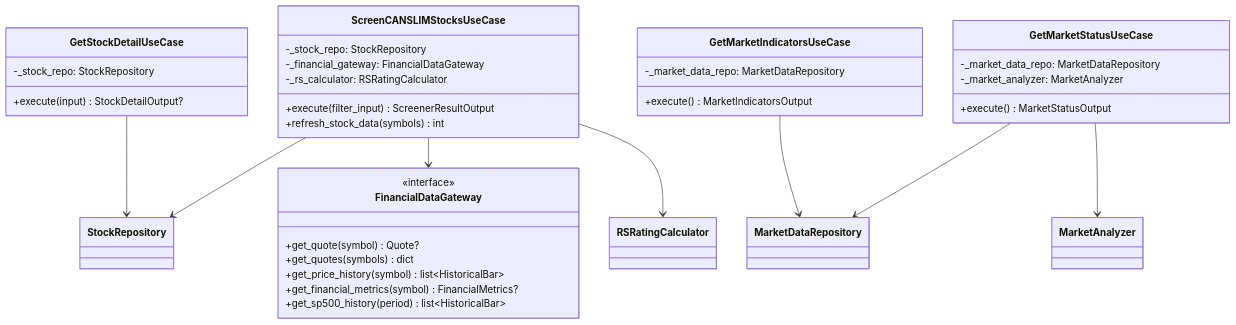
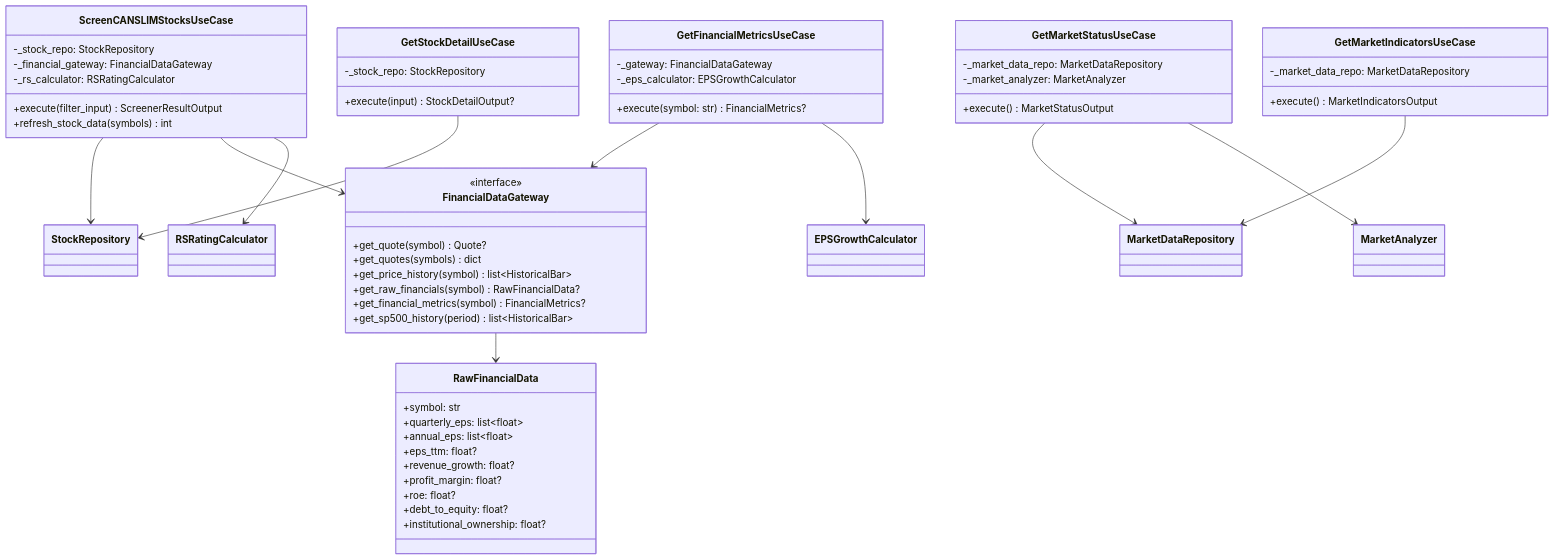
Before and after one commit to ryota197/ai-trade-pj: the fifth of 8 diagrams in docs/poc/architectures/diagrams/class-diagrams.md, drawn with Mermaid. The commit also changed other lines of this file and 13 other files, not shown here.

````diff
--- a/docs/poc/architectures/diagrams/class-diagrams.md
+++ b/docs/poc/architectures/diagrams/class-diagrams.md
@@ -187,43 +205,65 @@
 ```mermaid
 classDiagram
     class ScreenCANSLIMStocksUseCase {
         -_stock_repo: StockRepository
         -_financial_gateway: FinancialDataGateway
         -_rs_calculator: RSRatingCalculator
         +execute(filter_input) ScreenerResultOutput
         +refresh_stock_data(symbols) int
     }
 
     class GetStockDetailUseCase {
         -_stock_repo: StockRepository
         +execute(input) StockDetailOutput?
     }
 
     class GetMarketStatusUseCase {
         -_market_data_repo: MarketDataRepository
         -_market_analyzer: MarketAnalyzer
         +execute() MarketStatusOutput
     }
 
     class GetMarketIndicatorsUseCase {
         -_market_data_repo: MarketDataRepository
         +execute() MarketIndicatorsOutput
     }
 
+    class GetFinancialMetricsUseCase {
+        -_gateway: FinancialDataGateway
+        -_eps_calculator: EPSGrowthCalculator
+        +execute(symbol: str) FinancialMetrics?
+    }
+
     class FinancialDataGateway {
         <<interface>>
         +get_quote(symbol) Quote?
         +get_quotes(symbols) dict
         +get_price_history(symbol) list~HistoricalBar~
+        +get_raw_financials(symbol) RawFinancialData?
         +get_financial_metrics(symbol) FinancialMetrics?
         +get_sp500_history(period) list~HistoricalBar~
+    }
+
+    class RawFinancialData {
+        +symbol: str
+        +quarterly_eps: list~float~
+        +annual_eps: list~float~
+        +eps_ttm: float?
+        +revenue_growth: float?
+        +profit_margin: float?
+        +roe: float?
+        +debt_to_equity: float?
+        +institutional_ownership: float?
     }
 
     ScreenCANSLIMStocksUseCase --> StockRepository
     ScreenCANSLIMStocksUseCase --> FinancialDataGateway
     ScreenCANSLIMStocksUseCase --> RSRatingCalculator
     GetStockDetailUseCase --> StockRepository
     GetMarketStatusUseCase --> MarketDataRepository
     GetMarketStatusUseCase --> MarketAnalyzer
     GetMarketIndicatorsUseCase --> MarketDataRepository
+    GetFinancialMetricsUseCase --> FinancialDataGateway
+    GetFinancialMetricsUseCase --> EPSGrowthCalculator
+    FinancialDataGateway --> RawFinancialData
 ```
````
